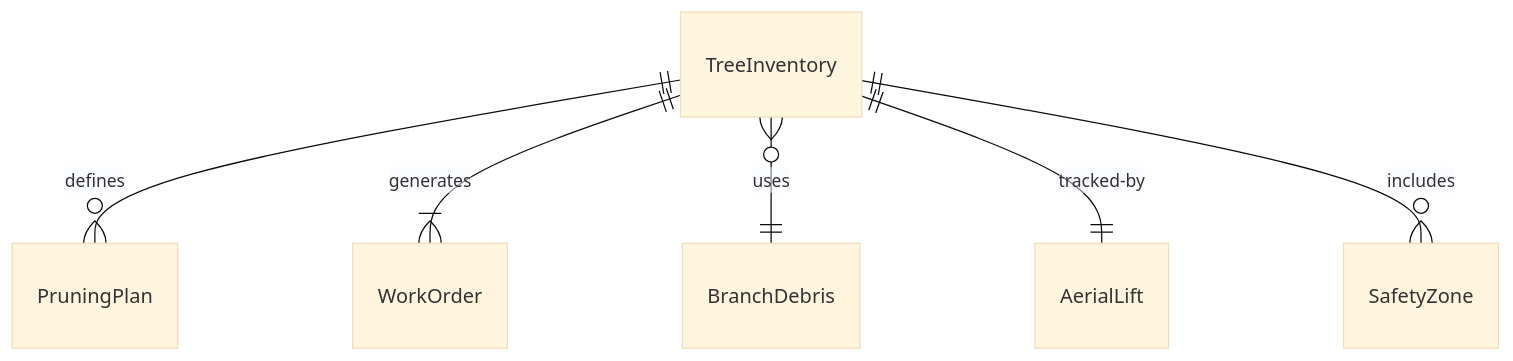
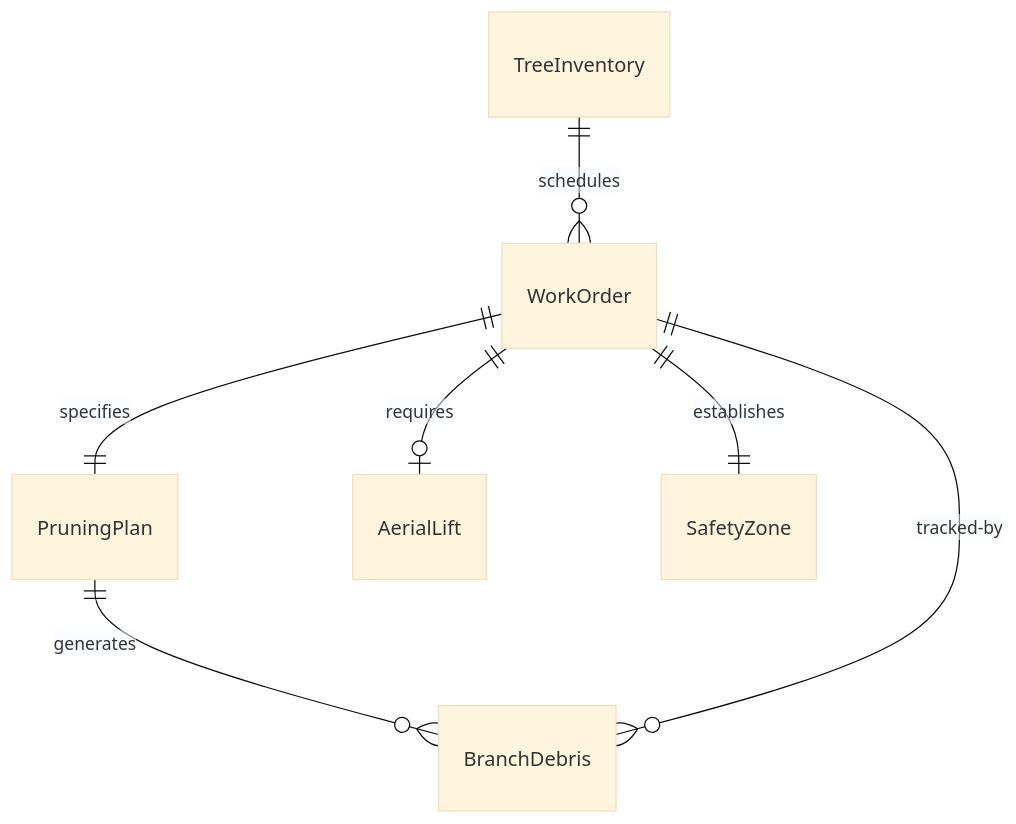
One commit to dot-org-ai/tasks.org.ai changed the first of 4 diagrams in HandlingAndMovingObjects/CutTreesOrOtherVegetation/TrimTreesVegetation.mdx. Above: the diagram before and after it, drawn with Mermaid (base theme). The commit also changed other lines of this file and 515 other files, not shown here.

````diff
--- a/HandlingAndMovingObjects/CutTreesOrOtherVegetation/TrimTreesVegetation.mdx
+++ b/HandlingAndMovingObjects/CutTreesOrOtherVegetation/TrimTreesVegetation.mdx
@@ -87,8 +87,9 @@
 ```mermaid
 erDiagram
-    TreeInventory ||--o{ PruningPlan : "defines"
-    TreeInventory ||--|{ WorkOrder : "generates"
-    TreeInventory }o--|| BranchDebris : "uses"
-    TreeInventory ||--|| AerialLift : "tracked-by"
-    TreeInventory ||--o{ SafetyZone : "includes"
+    TreeInventory ||--o{ WorkOrder : "schedules"
+    WorkOrder ||--|| PruningPlan : "specifies"
+    PruningPlan ||--o{ BranchDebris : "generates"
+    WorkOrder ||--o| AerialLift : "requires"
+    WorkOrder ||--|| SafetyZone : "establishes"
+    BranchDebris }o--|| WorkOrder : "tracked-by"
 ```
````
